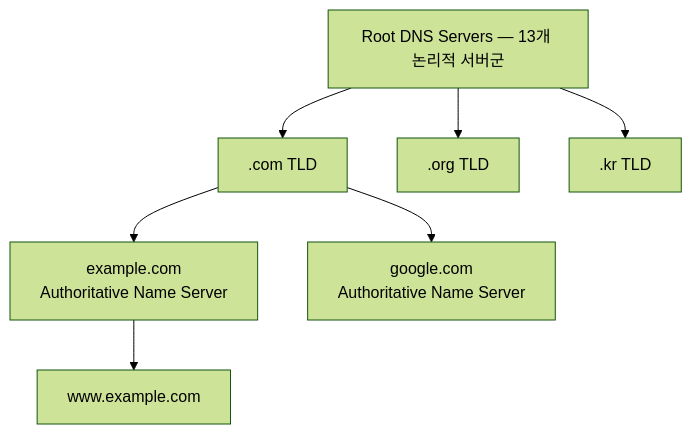
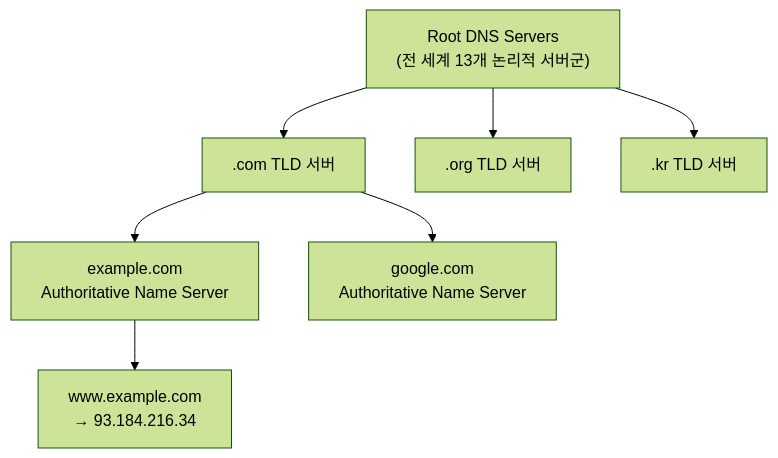
Before and after one commit to yjkim2015/yjkim2015.github.io: the first of 4 diagrams in _posts/network/2026-05-01-dns.md, drawn with Mermaid (forest theme). The commit also changed other lines of this file and 34 other files, not shown here.

First line of the commit message:
Full quality pass: 41 files — ASCII removed, 동작원리 보강, diagrams

```diff
--- a/_posts/network/2026-05-01-dns.md
+++ b/_posts/network/2026-05-01-dns.md
@@ -24,16 +22,16 @@
 <div class="mermaid">
 graph TD
-    Root["Root DNS Servers — 13개 논리적 서버군"]
-    COM[".com TLD"]
-    ORG[".org TLD"]
-    KR[".kr TLD"]
+    Root["Root DNS Servers\n(전 세계 13개 논리적 서버군)"]
+    COM[".com TLD 서버"]
+    ORG[".org TLD 서버"]
+    KR[".kr TLD 서버"]
     EXAMPLE["example.com\nAuthoritative Name Server"]
     GOOGLE["google.com\nAuthoritative Name Server"]
-    WWW["www.example.com"]
+    WWW["www.example.com\n→ 93.184.216.34"]
     Root --> COM
     Root --> ORG
     Root --> KR
     COM --> EXAMPLE
     COM --> GOOGLE
     EXAMPLE --> WWW
 </div>
```
